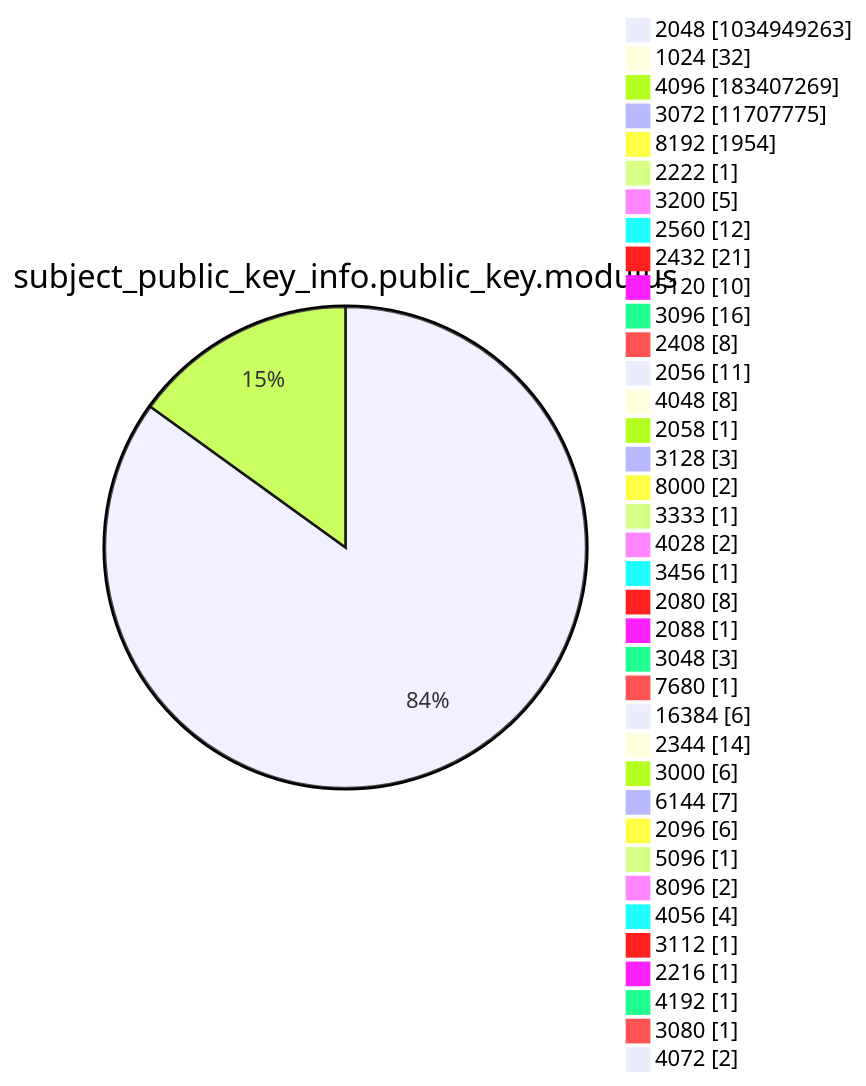
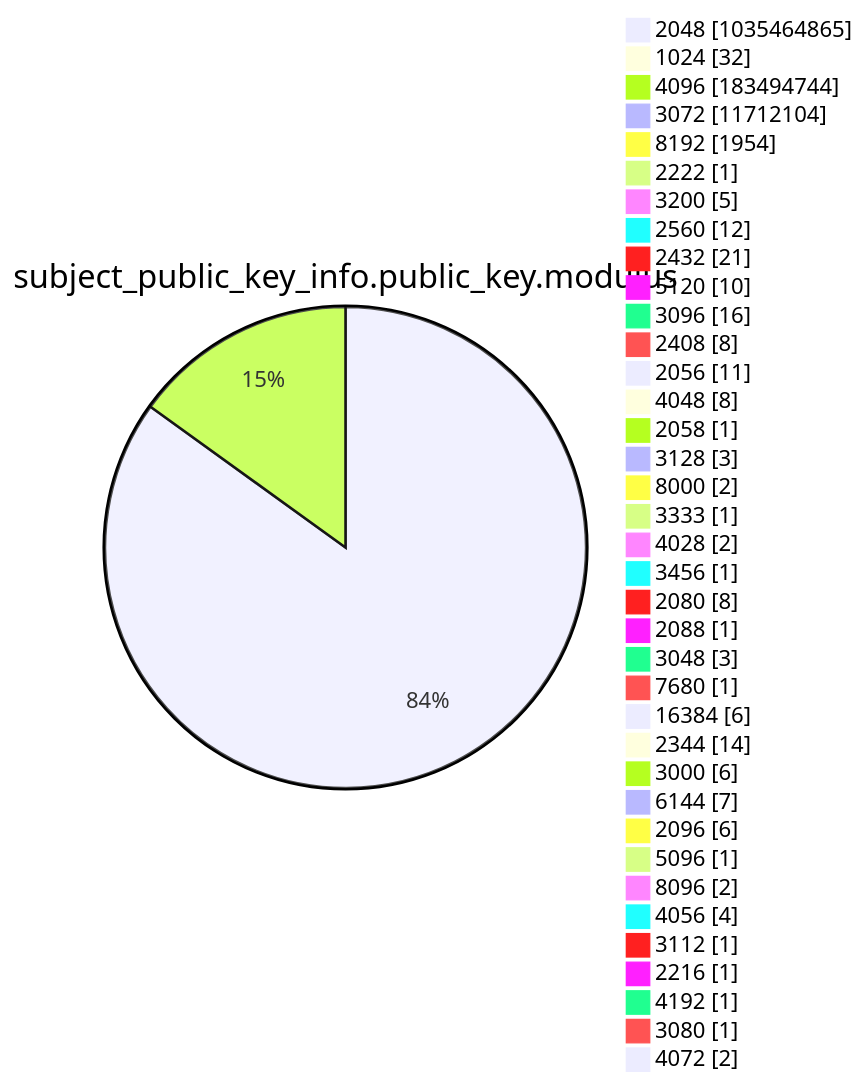
Diagram 13 of 15 in argon2022/README.md (christiankrug/ctmonitor_visualization), drawn with Mermaid before and after one commit. The commit also changed other lines of this file, not shown here.

````diff
--- a/argon2022/README.md
+++ b/argon2022/README.md
@@ -3589,41 +3589,41 @@
 ```mermaid
 pie showData
 title subject_public_key_info.public_key.modulus
-"2048" :1034949263
+"2048" :1035464865
 "1024" :32
-"4096" :183407269
-"3072" :11707775
+"4096" :183494744
+"3072" :11712104
 "8192" :1954
 "2222" :1
 "3200" :5
 "2560" :12
 "2432" :21
 "5120" :10
 "3096" :16
 "2408" :8
 "2056" :11
 "4048" :8
 "2058" :1
 "3128" :3
 "8000" :2
 "3333" :1
 "4028" :2
 "3456" :1
 "2080" :8
 "2088" :1
 "3048" :3
 "7680" :1
 "16384" :6
 "2344" :14
 "3000" :6
 "6144" :7
 "2096" :6
 "5096" :1
 "8096" :2
 "4056" :4
 "3112" :1
 "2216" :1
 "4192" :1
 "3080" :1
 "4072" :2
 ```
````
